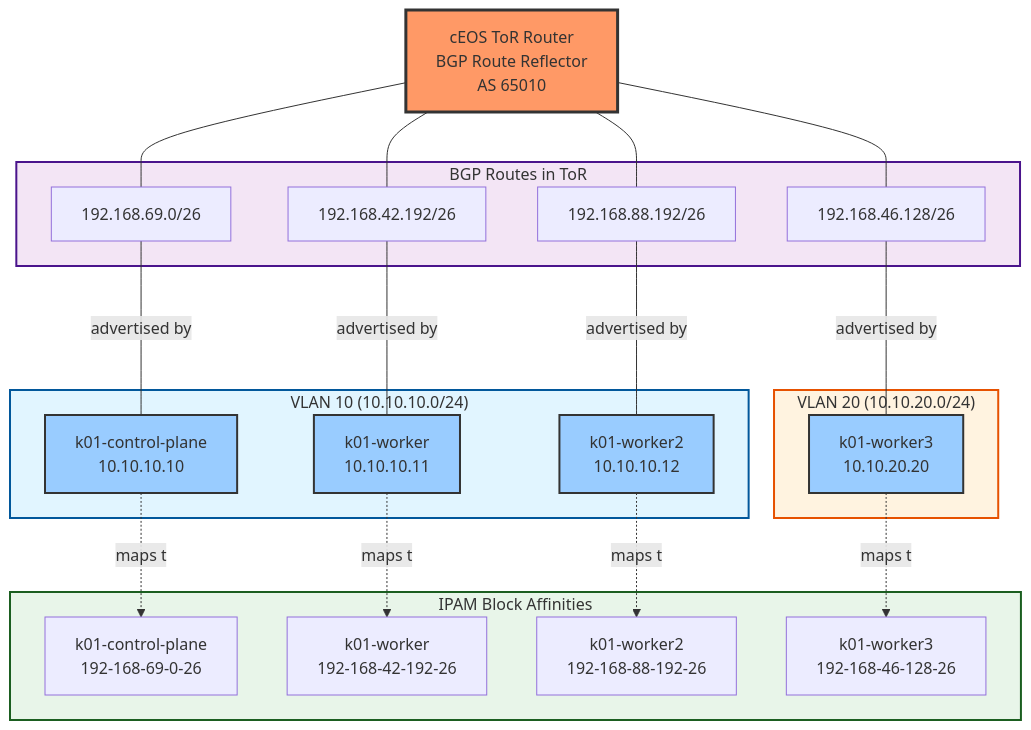
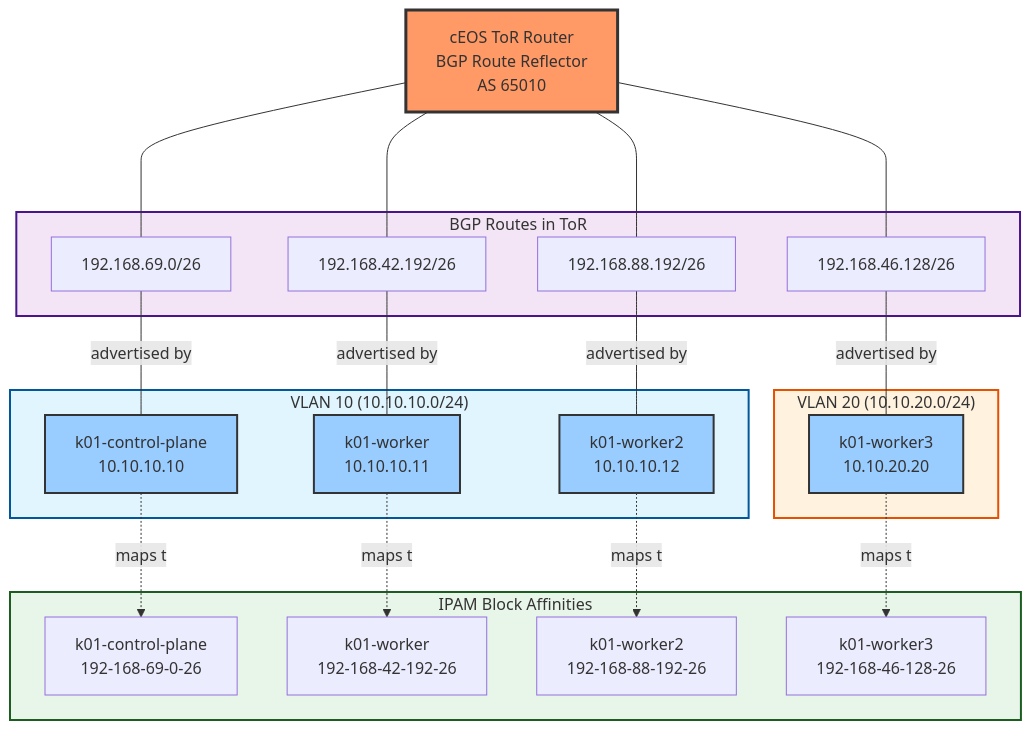
One commit to aadhilam/k8-networking-calico-containerlab changed the second of 2 diagrams in containerlab/10-calico-bgp-ippool/README.md. Above: the diagram before and after it, drawn with Mermaid.

Commit message:
Fix diagram arrows in README.md for BGP topology representation

````diff
--- a/containerlab/10-calico-bgp-ippool/README.md
+++ b/containerlab/10-calico-bgp-ippool/README.md
@@ -426,52 +426,53 @@
 ```mermaid
 graph TB
   TOR[cEOS ToR Router<br/>BGP Route Reflector<br/>AS 65010]
   
   subgraph BGP_Routes["BGP Routes in ToR"]
     R1[192.168.69.0/26]
     R2[192.168.42.192/26]
     R3[192.168.88.192/26]
     R4[192.168.46.128/26]
   end
   
   subgraph VLAN10["VLAN 10 (10.10.10.0/24)"]
     CP[k01-control-plane<br/>10.10.10.10]
     W1[k01-worker<br/>10.10.10.11]
     W2[k01-worker2<br/>10.10.10.12]
   end
   
   subgraph VLAN20["VLAN 20 (10.10.20.0/24)"]
     W3[k01-worker3<br/>10.10.20.20]
   end
   
   subgraph IPAM["IPAM Block Affinities"]
     B1[k01-control-plane<br/>192-168-69-0-26]
     B2[k01-worker<br/>192-168-42-192-26]
     B3[k01-worker2<br/>192-168-88-192-26]
     B4[k01-worker3<br/>192-168-46-128-26]
   end
-  TOR --- R1
-  TOR --- R2
-  TOR --- R3
-  TOR --- R4
+  
+  TOR <--- R1
+  TOR <--- R2
+  TOR <--- R3
+  TOR <--- R4
      
-    R1 <---|advertised by| CP
-    R2 <---|advertised by| W1
-    R3 <---|advertised by| W2
-    R4 <---|advertised by| W3
+    R1 ---|advertised by| CP
+    R2 ---|advertised by| W1
+    R3 ---|advertised by| W2
+    R4 ---|advertised by| W3
 
     CP -.maps to.-> B1
     W1 -.maps to.-> B2
     W2 -.maps to.-> B3
     W3 -.maps to.-> B4
   
   style TOR fill:#f96,stroke:#333,stroke-width:3px
   style CP fill:#9cf,stroke:#333,stroke-width:2px
   style W1 fill:#9cf,stroke:#333,stroke-width:2px
   style W2 fill:#9cf,stroke:#333,stroke-width:2px
   style W3 fill:#9cf,stroke:#333,stroke-width:2px
   style VLAN10 fill:#e1f5ff,stroke:#01579b,stroke-width:2px
   style VLAN20 fill:#fff3e0,stroke:#e65100,stroke-width:2px
   style BGP_Routes fill:#f3e5f5,stroke:#4a148c,stroke-width:2px
   style IPAM fill:#e8f5e9,stroke:#1b5e20,stroke-width:2px
 ```
````
